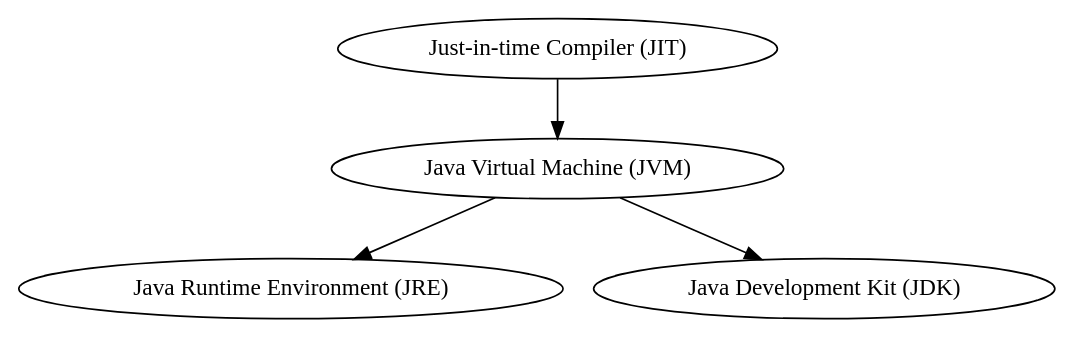
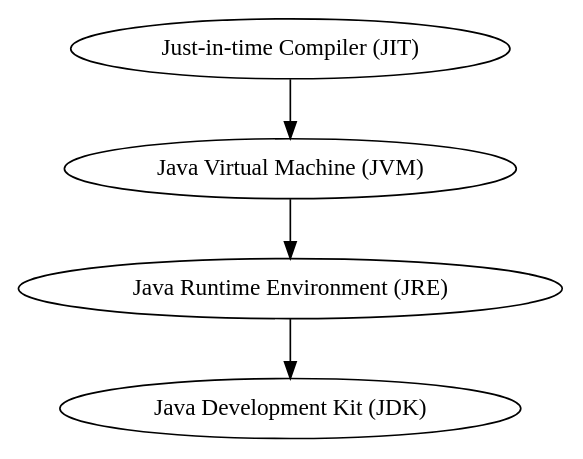
One commit to Broscorp-net/traineeship changed the diagram in module1/src/main/java/net/broscorp/patform/Platform.gv. Above: the diagram before and after it, drawn with Graphviz.

```diff
--- a/module1/src/main/java/net/broscorp/patform/Platform.gv
+++ b/module1/src/main/java/net/broscorp/patform/Platform.gv
@@ -1,20 +1,20 @@
 digraph G {
 
   /*JIT Динамическая компиляция байт-кода, ускоряет производительность программы,
   путем компиляции байт-кода в машинный непосредственно во время выполнения программы.*/
 
   "Just-in-time Compiler (JIT)" -> "Java Virtual Machine (JVM)"
 
   /*JVM несет ответственность за преобразование байт-кода
   в машинный код, зависит от платформы.*/
 
   "Java Virtual Machine (JVM)" -> "Java Runtime Environment (JRE)"
 
   /*JRE является реализацией JVM, которая предоставляет
   платформу для выполнения Java-программ.*/
 
-  "Java Virtual Machine (JVM)" -> "Java Development Kit (JDK)"
+  "Java Runtime Environment (JRE)" -> "Java Development Kit (JDK)"
 
   /*JDK предоставляет все инструменты, исполняемые и бинарные файлы,
   которые нужны для компиляции, отладки и выполнения программы*/
 }
```
